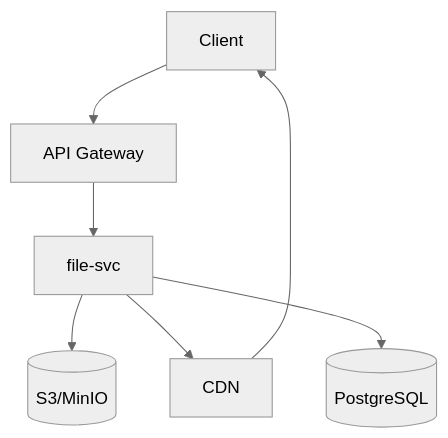
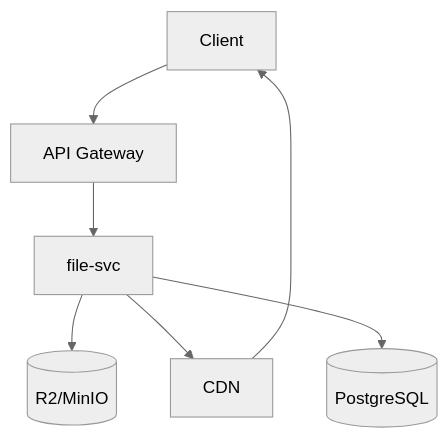
One commit to nsxzhou/z-novel-ai-api changed the diagram in docs/16-文件服务设计.md. Above: the diagram before and after it, drawn with Mermaid (neutral theme). The commit also changed other lines of this file and 10 other files, not shown here.

````diff
--- a/docs/16-文件服务设计.md
+++ b/docs/16-文件服务设计.md
@@ -13,11 +13,11 @@
 ```mermaid
 graph TD
     CLIENT[Client] --> GW[API Gateway]
     GW --> FILE[file-svc]
 
-    FILE --> S3[(S3/MinIO)]
+    FILE --> R2[(R2/MinIO)]
     FILE --> CDN[CDN]
     FILE --> PG[(PostgreSQL)]
 
     CDN --> CLIENT
 ```
````
